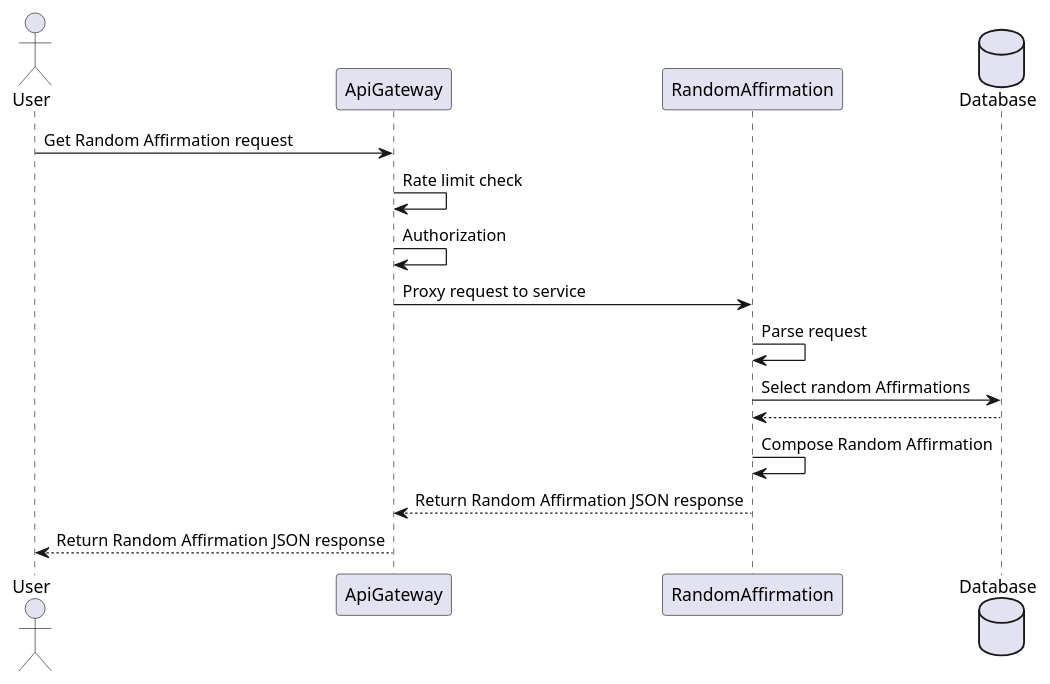
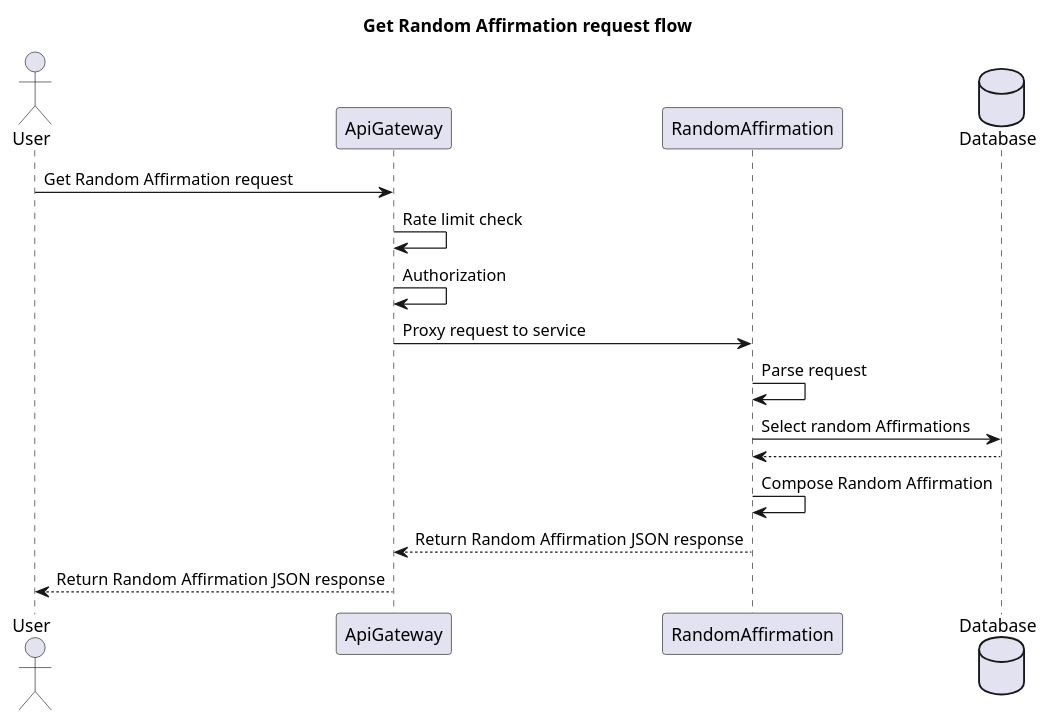
The diagram in doc/sequence.puml (Gadoma/RAfAPI), drawn with PlantUML before and after one commit. The commit also changed 4 other files, not shown here.

```diff
--- a/doc/sequence.puml
+++ b/doc/sequence.puml
@@ -1,17 +1,23 @@
-@startuml Random Affirmation Sequence
+@startuml Get Random Affirmation request flow
+
+title
+Get Random Affirmation request flow
+end title
+
 actor User as user
 participant ApiGateway as apigw
 participant RandomAffirmation as raf
 database    Database as db
 
 user -> apigw: Get Random Affirmation request
 apigw -> apigw: Rate limit check
 apigw -> apigw: Authorization
 apigw -> raf: Proxy request to service
 raf -> raf: Parse request
 raf -> db: Select random Affirmations
 db --> raf:
 raf -> raf: Compose Random Affirmation
 raf --> apigw: Return Random Affirmation JSON response
 apigw --> user: Return Random Affirmation JSON response
+
 @enduml
```
